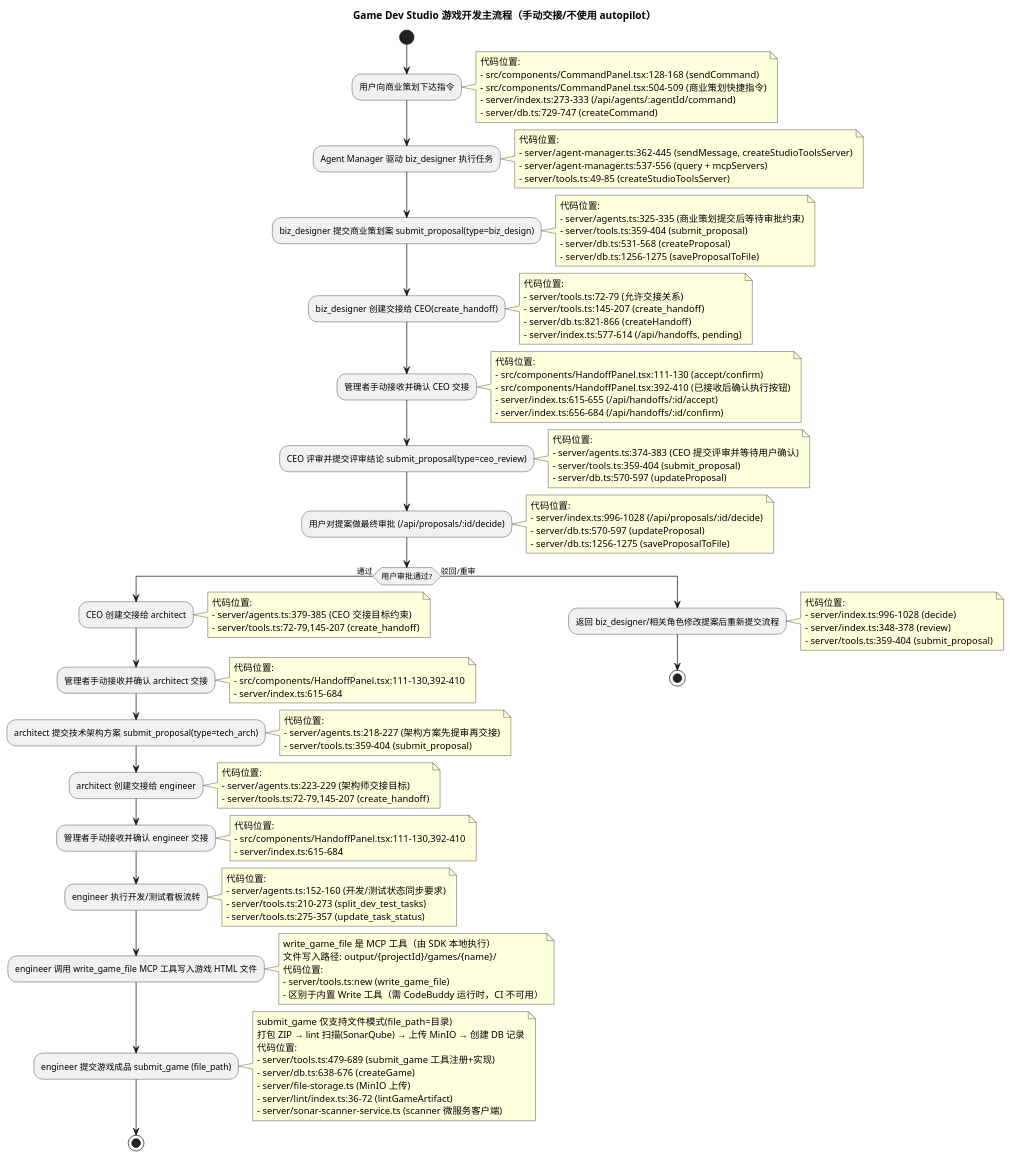
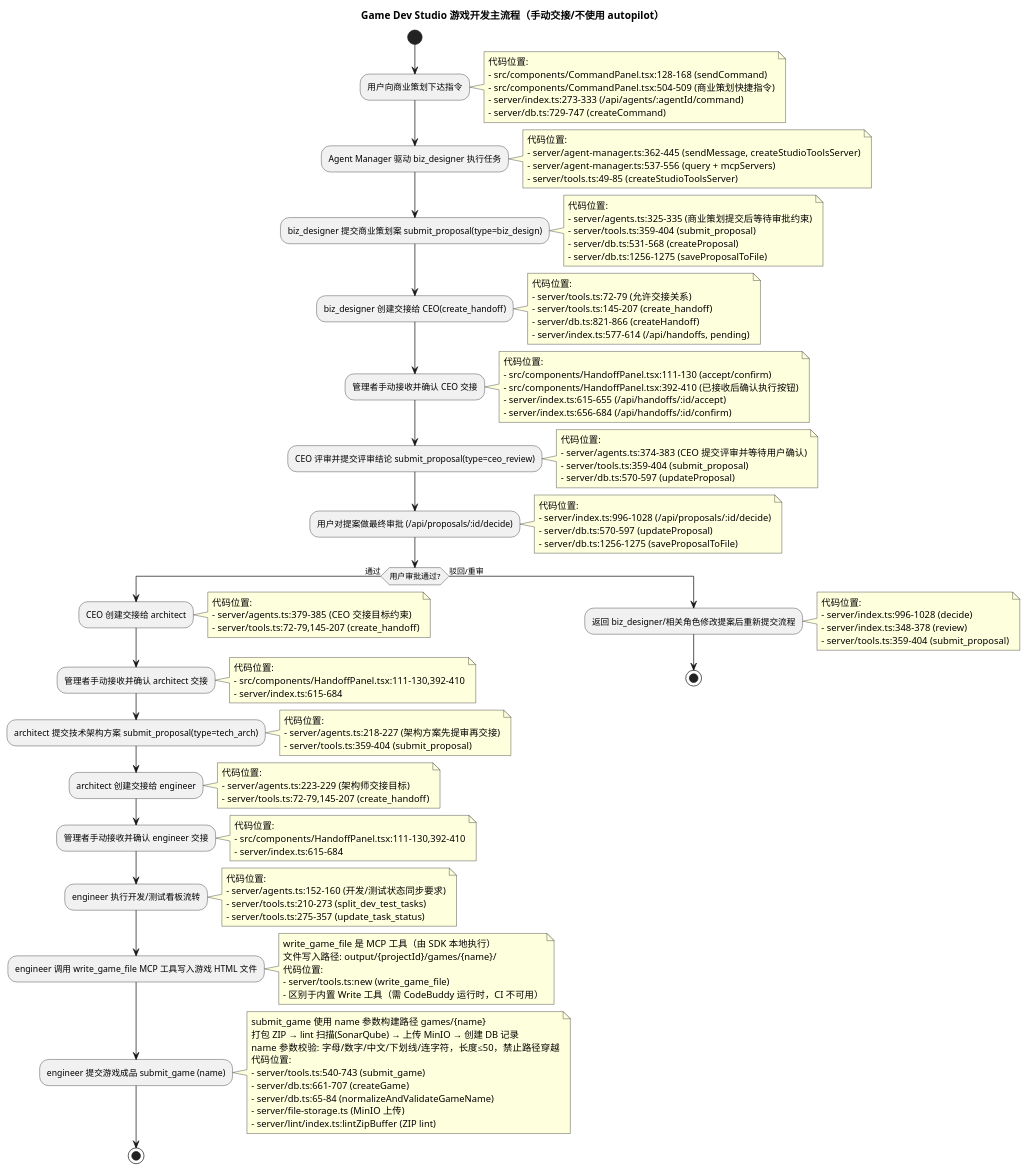
One commit to luoxiaojun1992/game-studio changed the diagram in .agent/diagrams/game-dev-main-flow-manual-handoff.puml. Above: the diagram before and after it, drawn with PlantUML. The commit also changed 3 other files, not shown here.

First line of the commit message:
docs: update architecture docs and diagrams to align with write_game_file/submit_game changes

```diff
--- a/.agent/diagrams/game-dev-main-flow-manual-handoff.puml
+++ b/.agent/diagrams/game-dev-main-flow-manual-handoff.puml
@@ -1,143 +1,144 @@
 @startuml
 title Game Dev Studio 游戏开发主流程（手动交接/不使用 autopilot）
 
 start
 
 :用户向商业策划下达指令;
 note right
   代码位置:
   - src/components/CommandPanel.tsx:128-168 (sendCommand)
   - src/components/CommandPanel.tsx:504-509 (商业策划快捷指令)
   - server/index.ts:273-333 (/api/agents/:agentId/command)
   - server/db.ts:729-747 (createCommand)
 end note
 
 :Agent Manager 驱动 biz_designer 执行任务;
 note right
   代码位置:
   - server/agent-manager.ts:362-445 (sendMessage, createStudioToolsServer)
   - server/agent-manager.ts:537-556 (query + mcpServers)
   - server/tools.ts:49-85 (createStudioToolsServer)
 end note
 
 :biz_designer 提交商业策划案 submit_proposal(type=biz_design);
 note right
   代码位置:
   - server/agents.ts:325-335 (商业策划提交后等待审批约束)
   - server/tools.ts:359-404 (submit_proposal)
   - server/db.ts:531-568 (createProposal)
   - server/db.ts:1256-1275 (saveProposalToFile)
 end note
 
 :biz_designer 创建交接给 CEO(create_handoff);
 note right
   代码位置:
   - server/tools.ts:72-79 (允许交接关系)
   - server/tools.ts:145-207 (create_handoff)
   - server/db.ts:821-866 (createHandoff)
   - server/index.ts:577-614 (/api/handoffs, pending)
 end note
 
 :管理者手动接收并确认 CEO 交接;
 note right
   代码位置:
   - src/components/HandoffPanel.tsx:111-130 (accept/confirm)
   - src/components/HandoffPanel.tsx:392-410 (已接收后确认执行按钮)
   - server/index.ts:615-655 (/api/handoffs/:id/accept)
   - server/index.ts:656-684 (/api/handoffs/:id/confirm)
 end note
 
 :CEO 评审并提交评审结论 submit_proposal(type=ceo_review);
 note right
   代码位置:
   - server/agents.ts:374-383 (CEO 提交评审并等待用户确认)
   - server/tools.ts:359-404 (submit_proposal)
   - server/db.ts:570-597 (updateProposal)
 end note
 
 :用户对提案做最终审批 (/api/proposals/:id/decide);
 note right
   代码位置:
   - server/index.ts:996-1028 (/api/proposals/:id/decide)
   - server/db.ts:570-597 (updateProposal)
   - server/db.ts:1256-1275 (saveProposalToFile)
 end note
 
 if (用户审批通过?) then (通过)
   :CEO 创建交接给 architect;
   note right
     代码位置:
     - server/agents.ts:379-385 (CEO 交接目标约束)
     - server/tools.ts:72-79,145-207 (create_handoff)
   end note
 
   :管理者手动接收并确认 architect 交接;
   note right
     代码位置:
     - src/components/HandoffPanel.tsx:111-130,392-410
     - server/index.ts:615-684
   end note
 
   :architect 提交技术架构方案 submit_proposal(type=tech_arch);
   note right
     代码位置:
     - server/agents.ts:218-227 (架构方案先提审再交接)
     - server/tools.ts:359-404 (submit_proposal)
   end note
 
   :architect 创建交接给 engineer;
   note right
     代码位置:
     - server/agents.ts:223-229 (架构师交接目标)
     - server/tools.ts:72-79,145-207 (create_handoff)
   end note
 
   :管理者手动接收并确认 engineer 交接;
   note right
     代码位置:
     - src/components/HandoffPanel.tsx:111-130,392-410
     - server/index.ts:615-684
   end note
 
   :engineer 执行开发/测试看板流转;
   note right
     代码位置:
     - server/agents.ts:152-160 (开发/测试状态同步要求)
     - server/tools.ts:210-273 (split_dev_test_tasks)
     - server/tools.ts:275-357 (update_task_status)
   end note
 
   :engineer 调用 write_game_file MCP 工具写入游戏 HTML 文件;
   note right
     write_game_file 是 MCP 工具（由 SDK 本地执行）
     文件写入路径: output/{projectId}/games/{name}/
     代码位置:
     - server/tools.ts:new (write_game_file)
     - 区别于内置 Write 工具（需 CodeBuddy 运行时，CI 不可用）
   end note
 
-  :engineer 提交游戏成品 submit_game (file_path);
+  :engineer 提交游戏成品 submit_game (name);
   note right
-    submit_game 仅支持文件模式(file_path=目录)
+    submit_game 使用 name 参数构建路径 games/{name}
     打包 ZIP → lint 扫描(SonarQube) → 上传 MinIO → 创建 DB 记录
+    name 参数校验: 字母/数字/中文/下划线/连字符，长度≤50，禁止路径穿越
     代码位置:
-    - server/tools.ts:479-689 (submit_game 工具注册+实现)
-    - server/db.ts:638-676 (createGame)
+    - server/tools.ts:540-743 (submit_game)
+    - server/db.ts:661-707 (createGame)
+    - server/db.ts:65-84 (normalizeAndValidateGameName)
     - server/file-storage.ts (MinIO 上传)
-    - server/lint/index.ts:36-72 (lintGameArtifact)
-    - server/sonar-scanner-service.ts (scanner 微服务客户端)
+    - server/lint/index.ts:lintZipBuffer (ZIP lint)
   end note
 
   stop
 else (驳回/重审)
   :返回 biz_designer/相关角色修改提案后重新提交流程;
   note right
     代码位置:
     - server/index.ts:996-1028 (decide)
     - server/index.ts:348-378 (review)
     - server/tools.ts:359-404 (submit_proposal)
   end note
   stop
 endif
 
 @enduml
```
